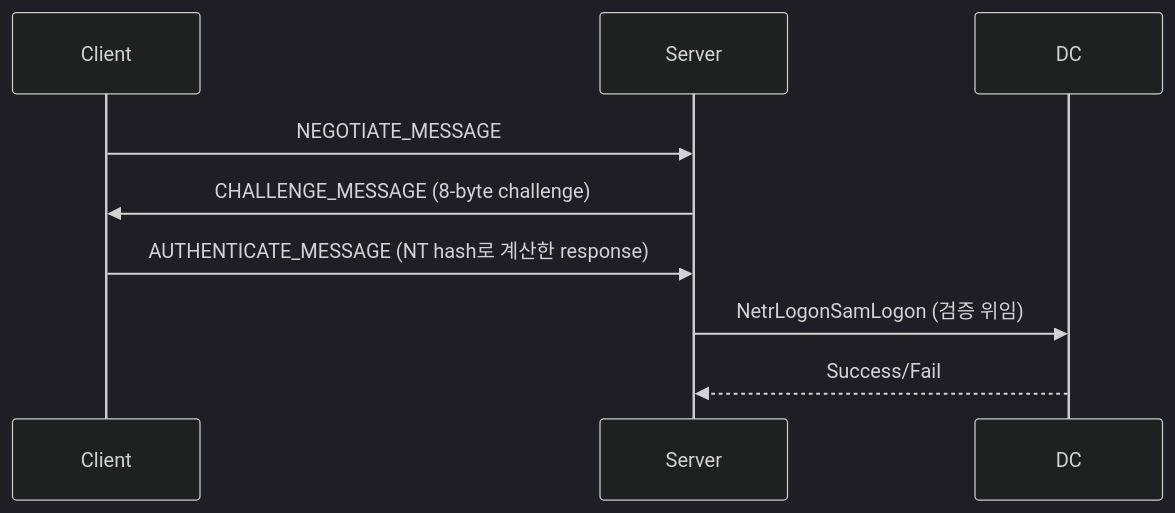
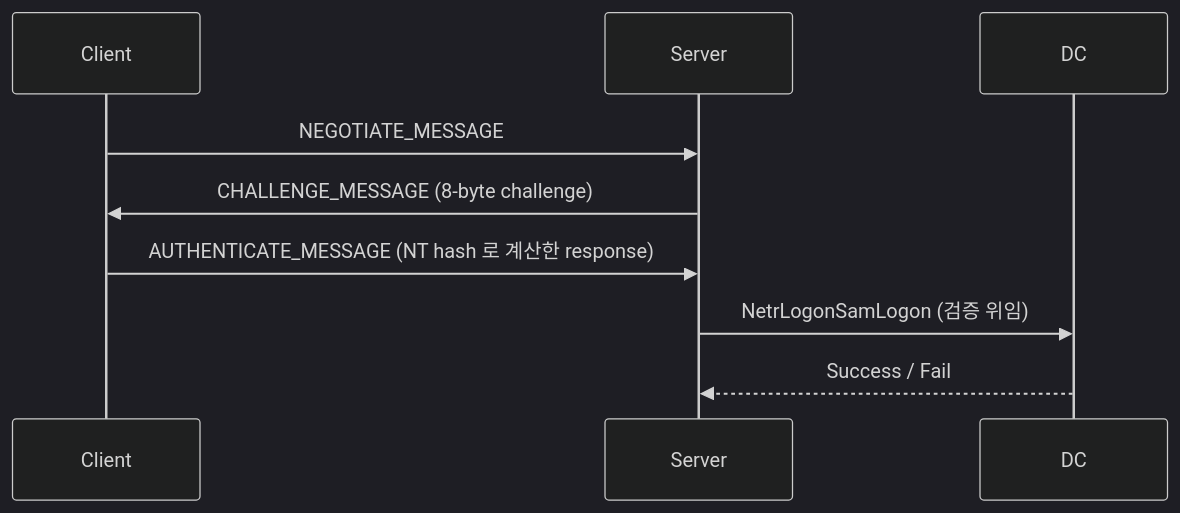
Before and after one commit to STEALIEN-RED/docs-redteam-cheatsheet: the diagram in docs_internal_backup/lifecycle/ntlm.md, drawn with Mermaid (dark theme). The commit also changed other lines of this file and 13 other files, not shown here.

````diff
--- a/docs_internal_backup/lifecycle/ntlm.md
+++ b/docs_internal_backup/lifecycle/ntlm.md
@@ -10,8 +10,8 @@
 ```mermaid
 sequenceDiagram
     Client->>Server: NEGOTIATE_MESSAGE
     Server->>Client: CHALLENGE_MESSAGE (8-byte challenge)
-    Client->>Server: AUTHENTICATE_MESSAGE (NT hash로 계산한 response)
+    Client->>Server: AUTHENTICATE_MESSAGE (NT hash 로 계산한 response)
     Server->>DC: NetrLogonSamLogon (검증 위임)
-    DC-->>Server: Success/Fail
+    DC-->>Server: Success / Fail
 ```
````
